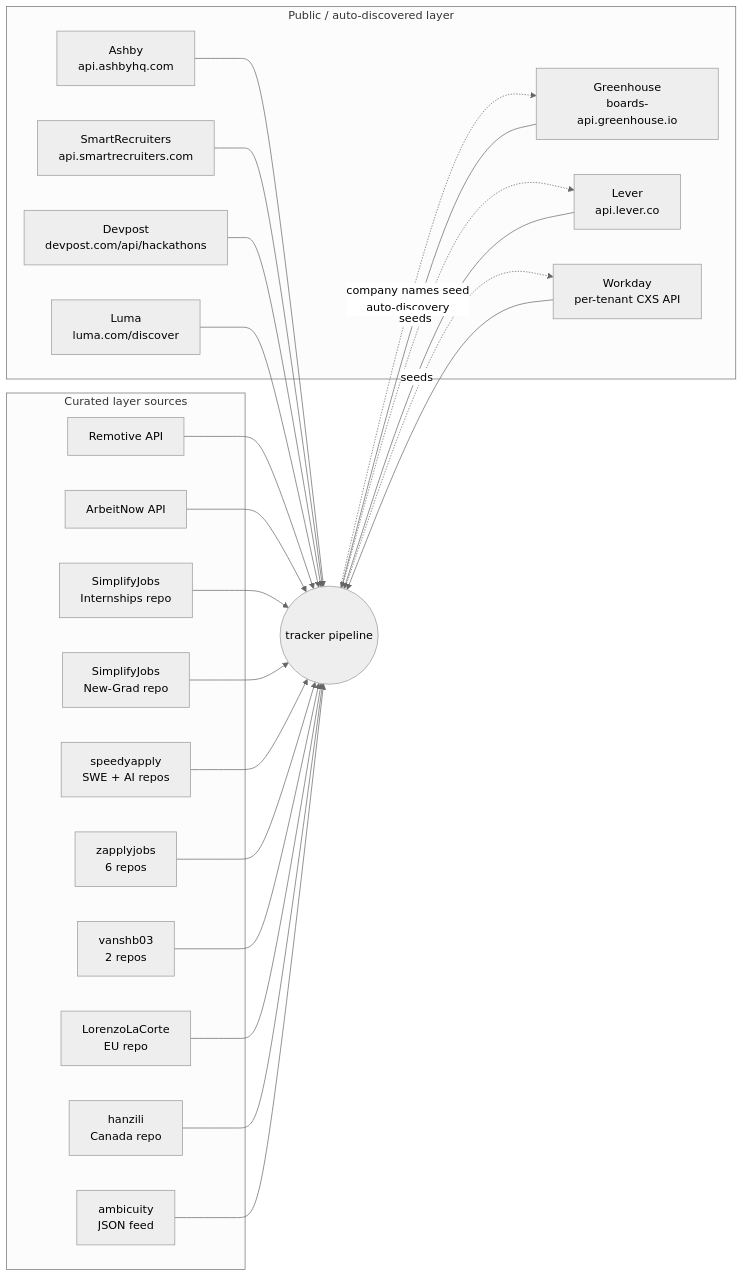
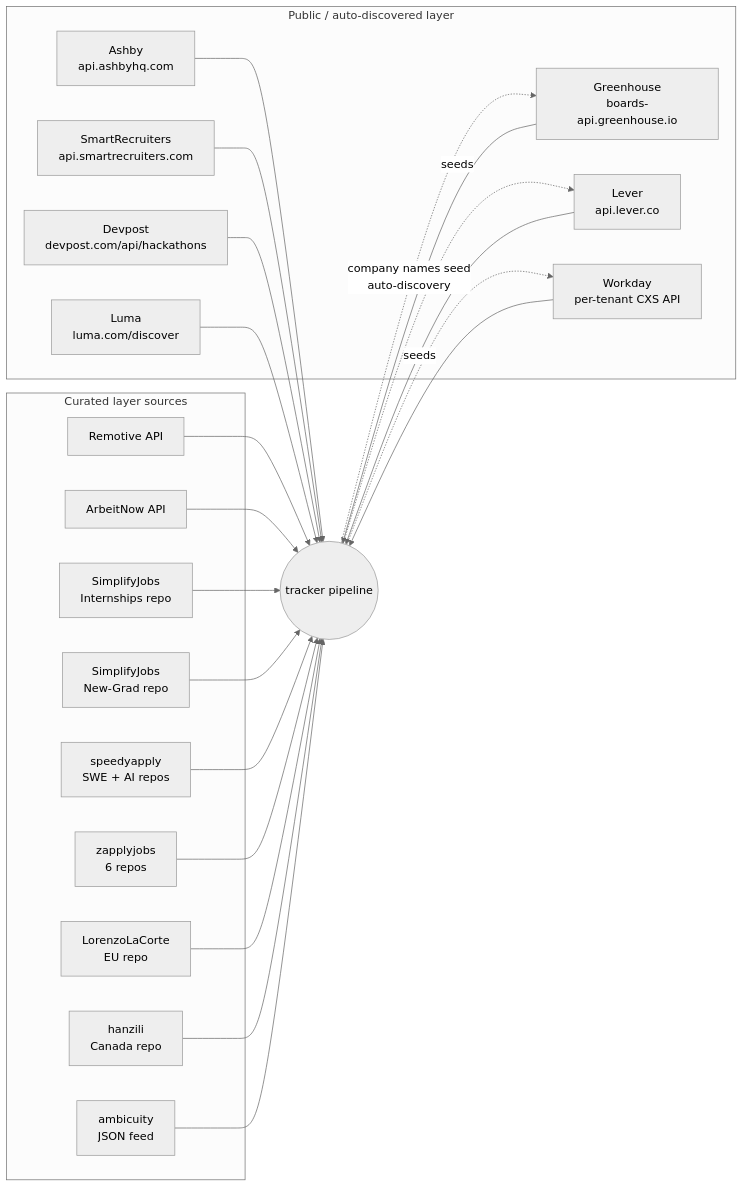
The third of 4 diagrams in docs/ARCHITECTURE.md (AhmedNassar7/tracker), drawn with Mermaid (neutral theme) before and after one commit. The commit also changed other lines of this file and 22 other files, not shown here.

````diff
--- a/docs/ARCHITECTURE.md
+++ b/docs/ARCHITECTURE.md
@@ -135,49 +135,47 @@
 ```mermaid
 graph LR
     subgraph Curated["Curated layer sources"]
         Remotive["Remotive API"]
         ArbeitNow["ArbeitNow API"]
         SimplifyI["SimplifyJobs\nInternships repo"]
         SimplifyN["SimplifyJobs\nNew-Grad repo"]
         Speedy["speedyapply\nSWE + AI repos"]
         Zapply["zapplyjobs\n6 repos"]
-        Vansh["vanshb03\n2 repos"]
         Lorenzo["LorenzoLaCorte\nEU repo"]
         Hanzili["hanzili\nCanada repo"]
         Ambicuity["ambicuity\nJSON feed"]
     end
 
     subgraph Public["Public / auto-discovered layer"]
         Greenhouse["Greenhouse\nboards-api.greenhouse.io"]
         Lever["Lever\napi.lever.co"]
         Workday["Workday\nper-tenant CXS API"]
         Ashby["Ashby\napi.ashbyhq.com"]
         SmartRec["SmartRecruiters\napi.smartrecruiters.com"]
         Devpost["Devpost\ndevpost.com/api/hackathons"]
         Luma["Luma\nluma.com/discover"]
     end
 
     Tracker(("tracker pipeline"))
 
     Remotive --> Tracker
     ArbeitNow --> Tracker
     SimplifyI --> Tracker
     SimplifyN --> Tracker
     Speedy --> Tracker
     Zapply --> Tracker
-    Vansh --> Tracker
     Lorenzo --> Tracker
     Hanzili --> Tracker
     Ambicuity --> Tracker
 
     Tracker -. "company names seed\nauto-discovery" .-> Greenhouse
     Tracker -. seeds .-> Lever
     Tracker -. seeds .-> Workday
     Ashby --> Tracker
     SmartRec --> Tracker
     Devpost --> Tracker
     Luma --> Tracker
     Greenhouse --> Tracker
     Lever --> Tracker
     Workday --> Tracker
 ```
````
